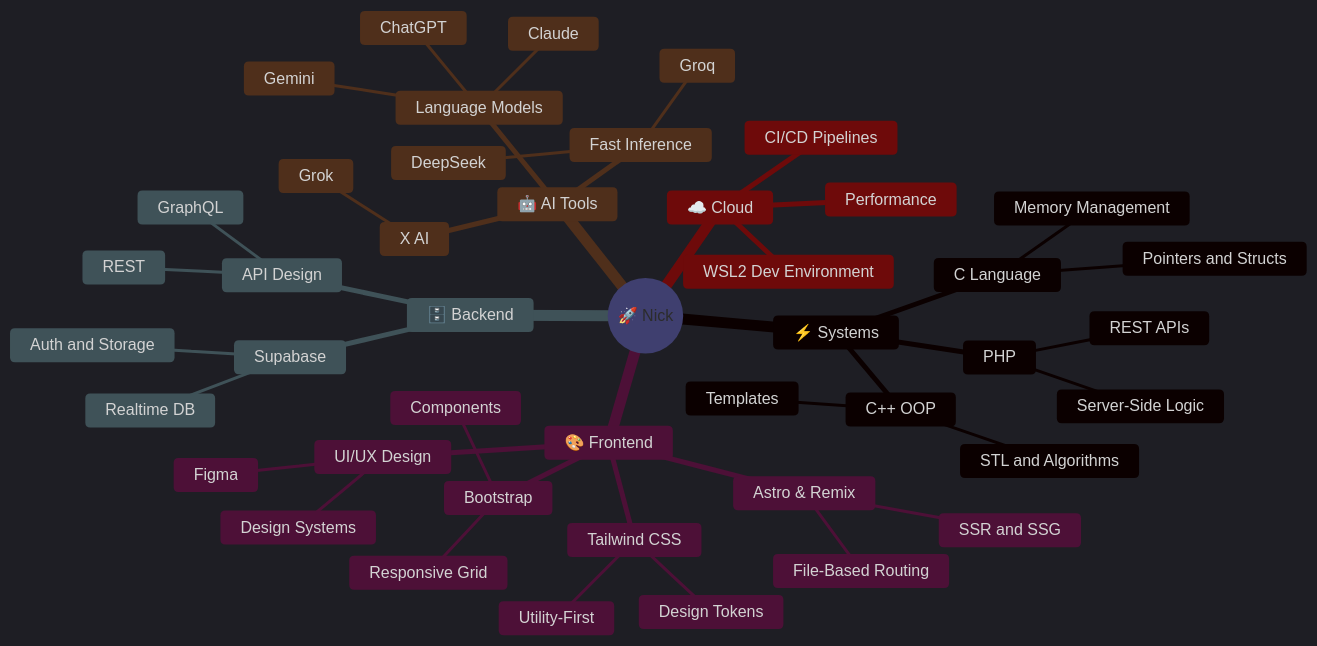
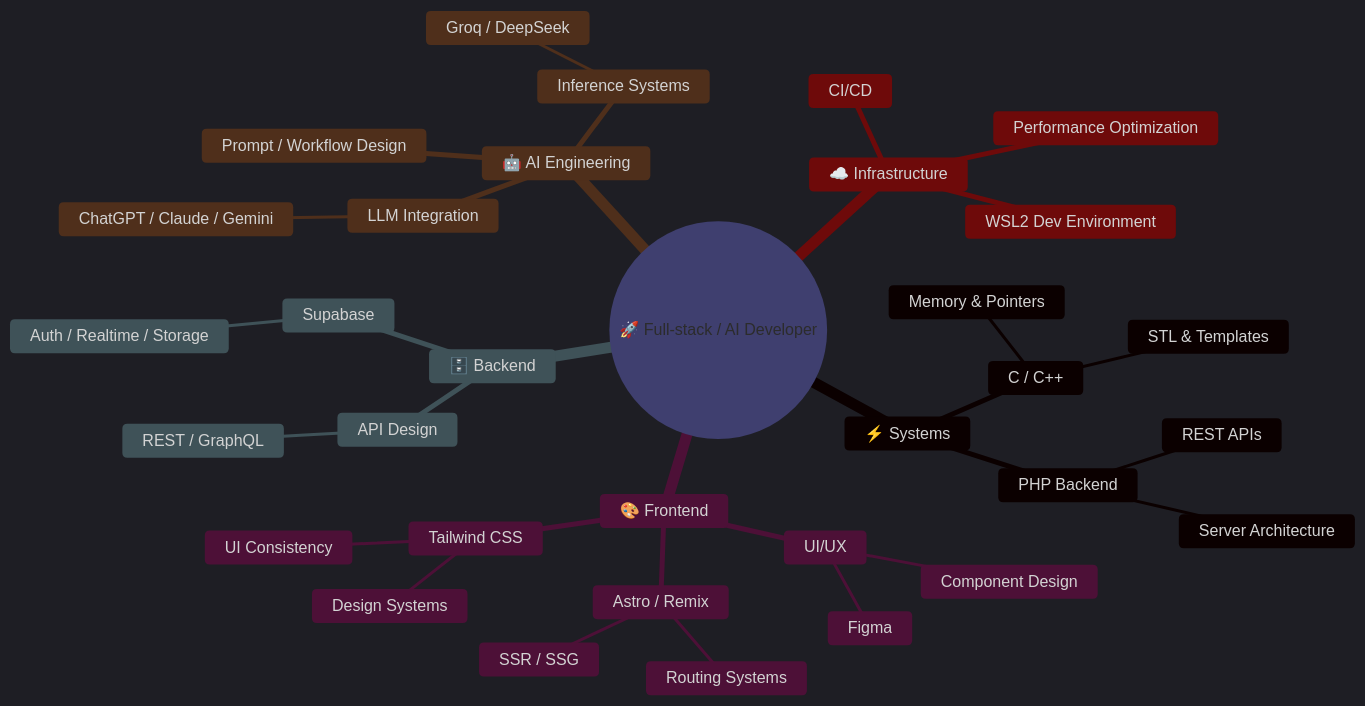
One commit to NgoHuuLoc0612/NgoHuuLoc0612 changed the diagram in README.md. Above: the diagram before and after it, drawn with Mermaid.

Commit message:
Revise mindmap for Full-stack / AI Developer
Updated mindmap structure in README to reflect new roles and technologies.

````diff
--- a/README.md
+++ b/README.md
@@ -202,49 +202,41 @@
 ```mermaid
 %%{init: {"theme": "dark", "themeVariables": {"primaryColor": "#0a3d62", "primaryTextColor": "#00d4ff", "primaryBorderColor": "#00d4ff", "lineColor": "#00d4ff", "secondaryColor": "#1a1a2e", "tertiaryColor": "#16213e"}}}%%
 mindmap
-  root((🚀 Nick))
+  root((🚀 Full-stack / AI Developer))
     ⚡ Systems
-      C Language
-        Memory Management
-        Pointers and Structs
-      C++ OOP
-        Templates
-        STL and Algorithms
-      PHP
+      C / C++
+        Memory & Pointers
+        STL & Templates
+      PHP Backend
         REST APIs
-        Server-Side Logic
+        Server Architecture
+
     🎨 Frontend
-      Astro & Remix
-        SSR and SSG
-        File-Based Routing
+      Astro / Remix
+        SSR / SSG
+        Routing Systems
       Tailwind CSS
-        Utility-First
-        Design Tokens
-      Bootstrap
-        Components
-        Responsive Grid
-      UI/UX Design
+        Design Systems
+        UI Consistency
+      UI/UX
         Figma
-        Design Systems
+        Component Design
+
     🗄️ Backend
       API Design
-        REST
-        GraphQL
+        REST / GraphQL
       Supabase
-        Realtime DB
-        Auth and Storage
-    🤖 AI Tools
-      Language Models
-        Claude
-        ChatGPT
-        Gemini
-      Fast Inference
-        Groq
-        DeepSeek
-      X AI
-        Grok
-    ☁️ Cloud
-      CI/CD Pipelines
-      Performance
+        Auth / Realtime / Storage
+
+    🤖 AI Engineering
+      LLM Integration
+        ChatGPT / Claude / Gemini
+      Inference Systems
+        Groq / DeepSeek
+      Prompt / Workflow Design
+
+    ☁️ Infrastructure
+      CI/CD
+      Performance Optimization
       WSL2 Dev Environment
 ```
````
